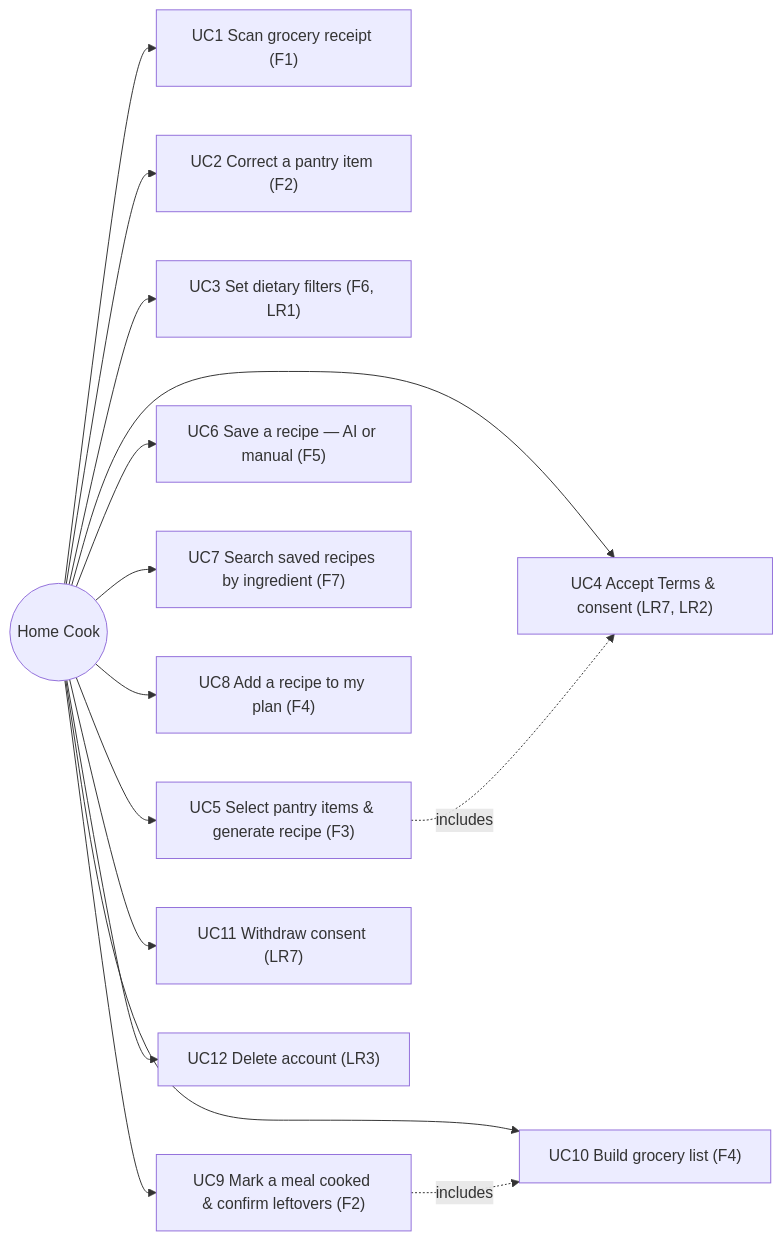
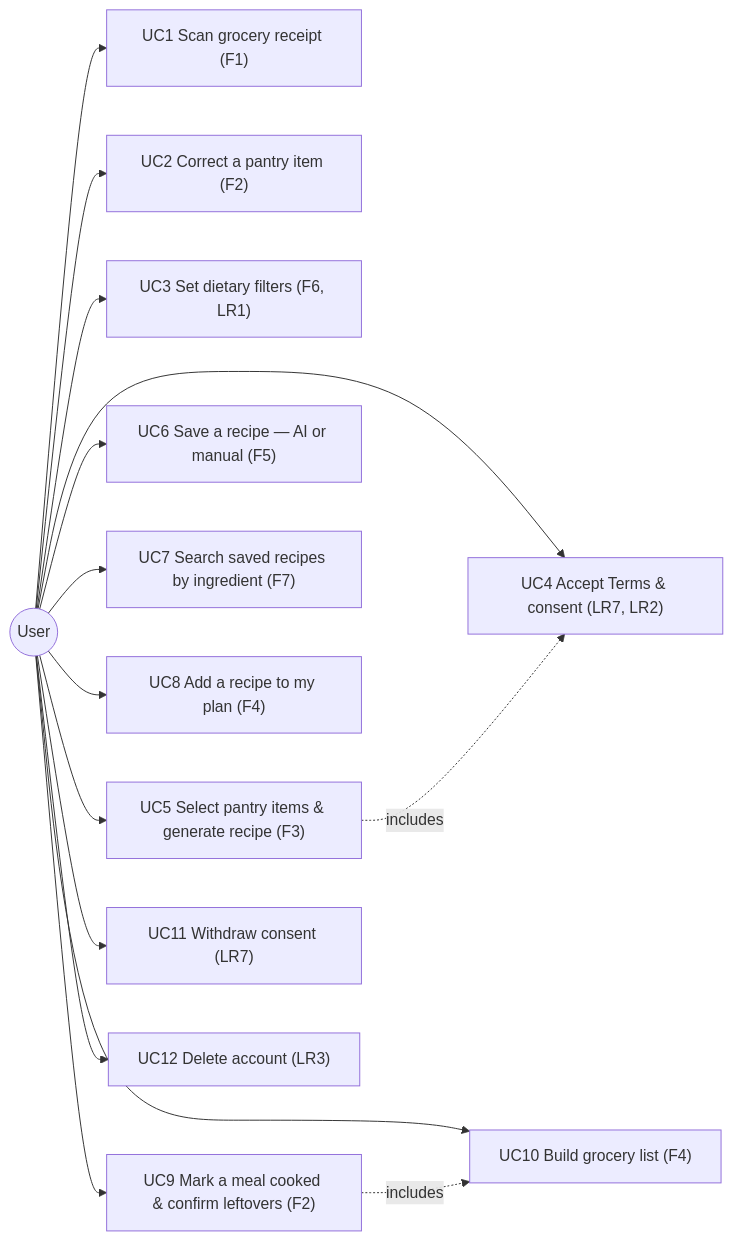
One commit to eaindraysupan1005/smart-recipe-planner changed the diagram in .docs/02-design/04-diagrams/02-use-case.md. Above: the diagram before and after it, drawn with Mermaid. The commit also changed other lines of this file and 3 other files, not shown here.

Commit message:
Diagram Changes

````diff
--- a/.docs/02-design/04-diagrams/02-use-case.md
+++ b/.docs/02-design/04-diagrams/02-use-case.md
@@ -10,33 +10,33 @@
 ```mermaid
 graph LR
-    HomeCook((Home Cook))
+    User((User))
 
     UC1["UC1 Scan grocery receipt (F1)"]
     UC2["UC2 Correct a pantry item (F2)"]
     UC3["UC3 Set dietary filters (F6, LR1)"]
     UC4["UC4 Accept Terms & consent (LR7, LR2)"]
     UC5["UC5 Select pantry items & generate recipe (F3)"]
     UC6["UC6 Save a recipe — AI or manual (F5)"]
     UC7["UC7 Search saved recipes by ingredient (F7)"]
     UC8["UC8 Add a recipe to my plan (F4)"]
     UC9["UC9 Mark a meal cooked & confirm leftovers (F2)"]
     UC10["UC10 Build grocery list (F4)"]
     UC11["UC11 Withdraw consent (LR7)"]
     UC12["UC12 Delete account (LR3)"]
 
-    HomeCook --> UC1
-    HomeCook --> UC2
-    HomeCook --> UC3
-    HomeCook --> UC4
-    HomeCook --> UC5
-    HomeCook --> UC6
-    HomeCook --> UC7
-    HomeCook --> UC8
-    HomeCook --> UC9
-    HomeCook --> UC10
-    HomeCook --> UC11
-    HomeCook --> UC12
+    User --> UC1
+    User --> UC2
+    User --> UC3
+    User --> UC4
+    User --> UC5
+    User --> UC6
+    User --> UC7
+    User --> UC8
+    User --> UC9
+    User --> UC10
+    User --> UC11
+    User --> UC12
 
     UC5 -. includes .-> UC4
     UC9 -. includes .-> UC10
 ```
````
